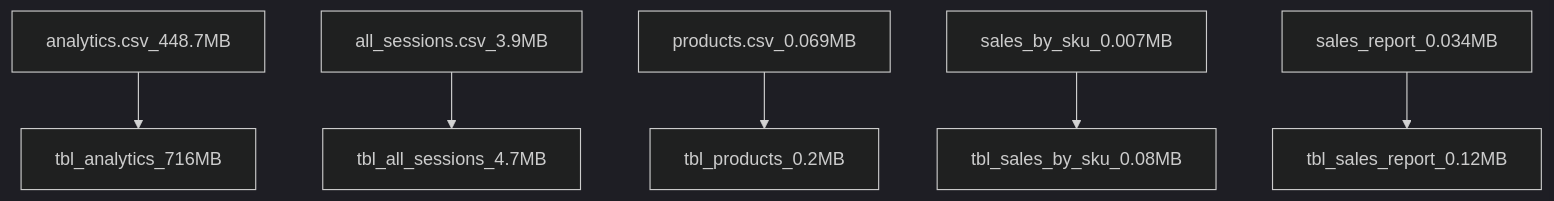
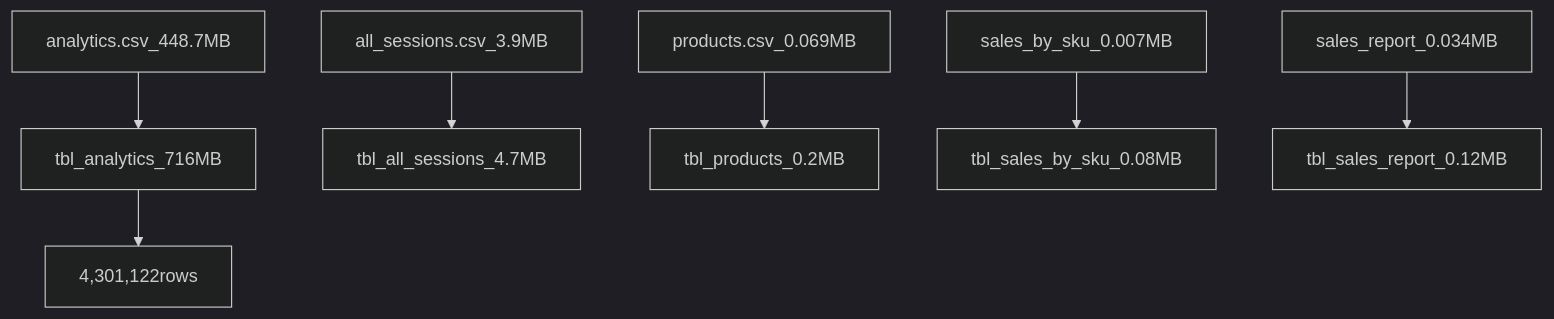
Before and after one commit to cboyda/LighthouseLabs: the diagram in Project-SQL/README.md, drawn with Mermaid (dark theme).

Commit message:
Update README.md
mermaid add rows

````diff
--- a/Project-SQL/README.md
+++ b/Project-SQL/README.md
@@ -11,8 +11,8 @@
 ```mermaid
 graph TD;
-    analytics.csv_448.7MB-->tbl_analytics_716MB;
+    analytics.csv_448.7MB-->tbl_analytics_716MB-->4,301,122rows;
     all_sessions.csv_3.9MB-->tbl_all_sessions_4.7MB;
     products.csv_0.069MB-->tbl_products_0.2MB;
     sales_by_sku_0.007MB-->tbl_sales_by_sku_0.08MB;
     sales_report_0.034MB-->tbl_sales_report_0.12MB;
 ```
````
